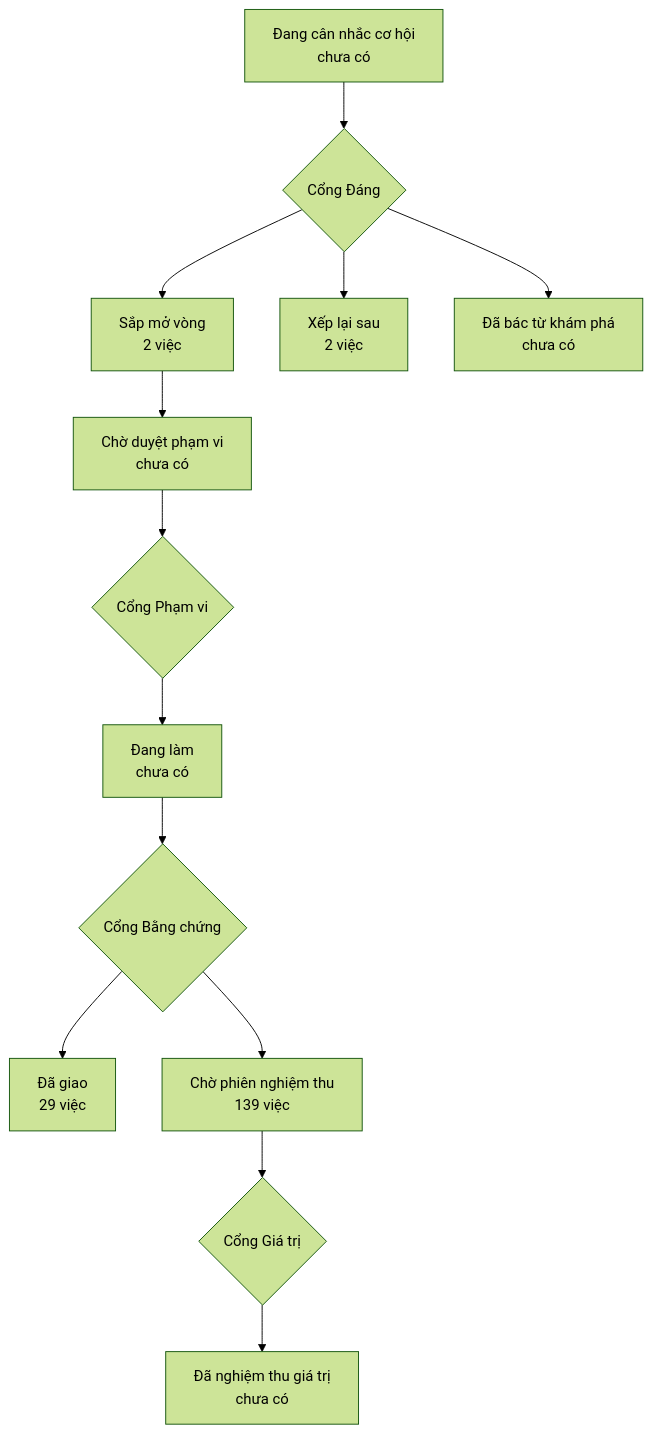
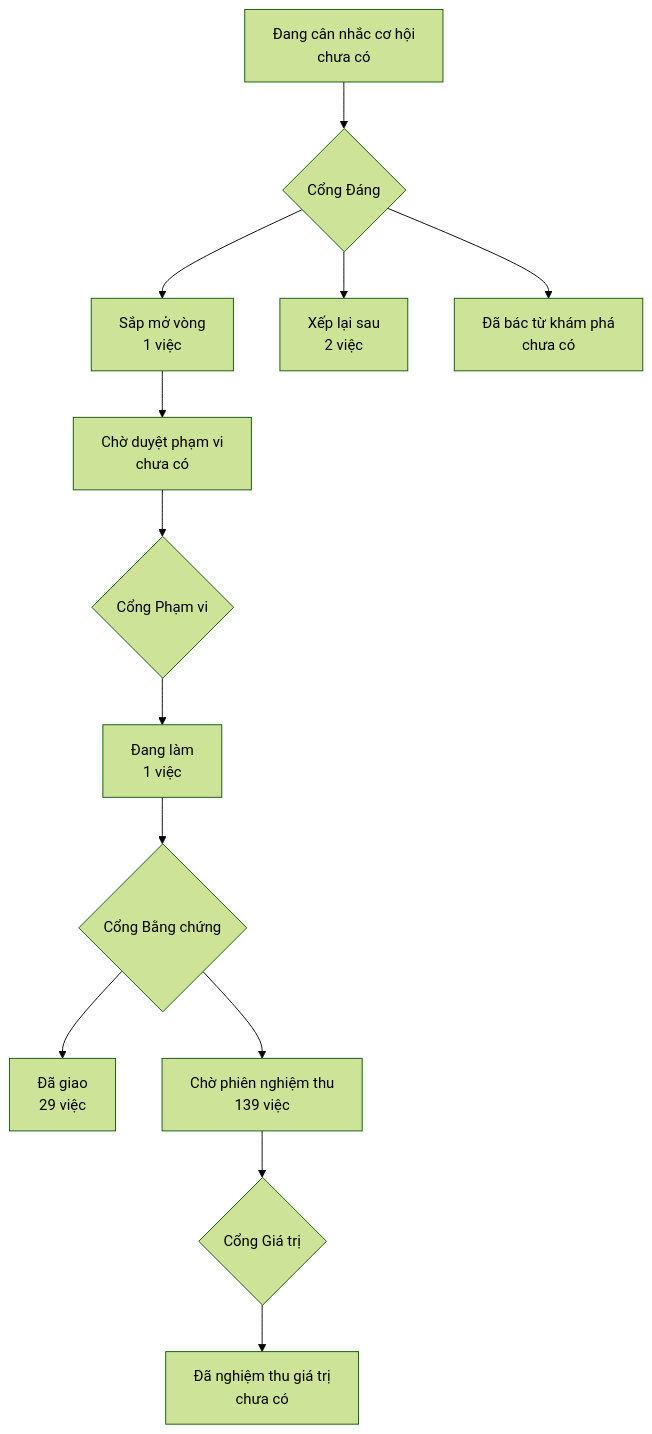
The diagram in PRODUCT-MAP.md (phanlemanh/onehub-quy-hang), drawn with Mermaid (forest theme) before and after one commit. The commit also changed other lines of this file and 11 other files, not shown here.

````diff
--- a/PRODUCT-MAP.md
+++ b/PRODUCT-MAP.md
@@ -7,12 +7,12 @@
 ```mermaid
 flowchart TD
   A["Đang cân nhắc cơ hội<br/>chưa có"] --> GD{"Cổng Đáng"}
-  GD --> B["Sắp mở vòng<br/>2 việc"]
+  GD --> B["Sắp mở vòng<br/>1 việc"]
   GD --> XL["Xếp lại sau<br/>2 việc"]
   GD --> DB["Đã bác từ khám phá<br/>chưa có"]
   B --> CD["Chờ duyệt phạm vi<br/>chưa có"] --> GP{"Cổng Phạm vi"}
-  GP --> DL["Đang làm<br/>chưa có"] --> GB{"Cổng Bằng chứng"}
+  GP --> DL["Đang làm<br/>1 việc"] --> GB{"Cổng Bằng chứng"}
   GB --> DG["Đã giao<br/>29 việc"]
   GB --> CN["Chờ phiên nghiệm thu<br/>139 việc"] --> GG{"Cổng Giá trị"}
   GG --> NT["Đã nghiệm thu giá trị<br/>chưa có"]
 ```
````
